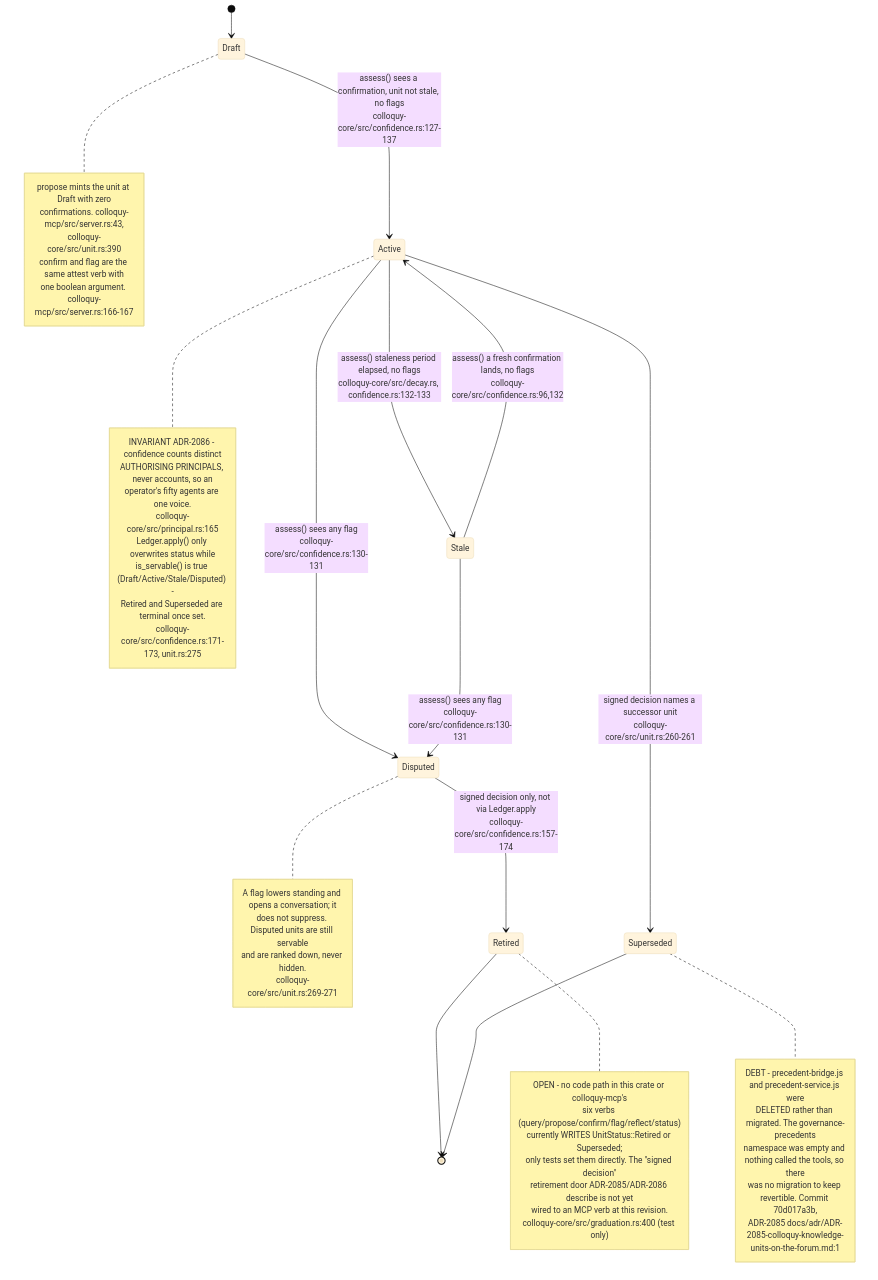
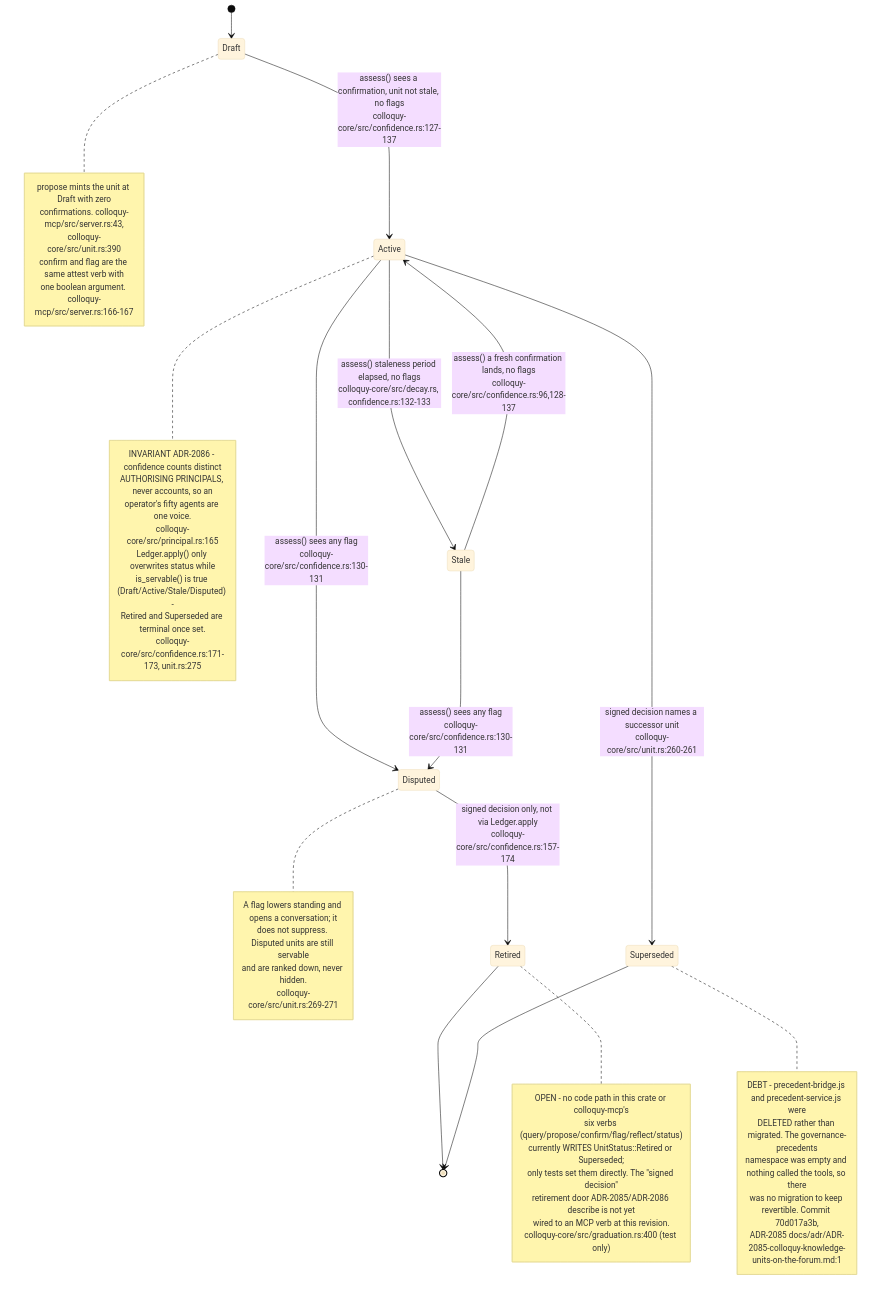
One commit to DreamLab-AI/VisionFlow changed the sixth of 12 diagrams in docs/diagrams/agentbox/22-skills-and-routing.md. Above: the diagram before and after it, drawn with Mermaid (base theme). The commit also changed other lines of this file and 39 other files, not shown here.

````diff
--- a/docs/diagrams/agentbox/22-skills-and-routing.md
+++ b/docs/diagrams/agentbox/22-skills-and-routing.md
@@ -262,53 +262,53 @@
 ```mermaid
 stateDiagram-v2
     [*] --> Draft
     Draft --> Active: assess() sees a confirmation, unit not stale, no flags<br/>colloquy-core/src/confidence.rs:127-137
     Active --> Stale: assess() staleness period elapsed, no flags<br/>colloquy-core/src/decay.rs, confidence.rs:132-133
-    Stale --> Active: assess() a fresh confirmation lands, no flags<br/>colloquy-core/src/confidence.rs:96,132
+    Stale --> Active: assess() a fresh confirmation lands, no flags<br/>colloquy-core/src/confidence.rs:96,128-137
     Active --> Disputed: assess() sees any flag<br/>colloquy-core/src/confidence.rs:130-131
     Stale --> Disputed: assess() sees any flag<br/>colloquy-core/src/confidence.rs:130-131
     Disputed --> Retired: signed decision only, not via Ledger.apply<br/>colloquy-core/src/confidence.rs:157-174
     Retired --> [*]
     Active --> Superseded: signed decision names a successor unit<br/>colloquy-core/src/unit.rs:260-261
     Superseded --> [*]
 
     note right of Draft
         propose mints the unit at Draft with zero
         confirmations. colloquy-mcp/src/server.rs:43,
         colloquy-core/src/unit.rs:390
         confirm and flag are the same attest verb with
         one boolean argument. colloquy-mcp/src/server.rs:166-167
     end note
     note right of Active
         INVARIANT ADR-2086 - confidence counts distinct
         AUTHORISING PRINCIPALS, never accounts, so an
         operator's fifty agents are one voice.
         colloquy-core/src/principal.rs:165
         Ledger.apply() only overwrites status while
         is_servable() is true (Draft/Active/Stale/Disputed) -
         Retired and Superseded are terminal once set.
         colloquy-core/src/confidence.rs:171-173, unit.rs:275
     end note
     note right of Disputed
         A flag lowers standing and opens a conversation; it
         does not suppress. Disputed units are still servable
         and are ranked down, never hidden.
         colloquy-core/src/unit.rs:269-271
     end note
     note right of Retired
         OPEN - no code path in this crate or colloquy-mcp's
         six verbs (query/propose/confirm/flag/reflect/status)
         currently WRITES UnitStatus::Retired or Superseded;
         only tests set them directly. The "signed decision"
         retirement door ADR-2085/ADR-2086 describe is not yet
         wired to an MCP verb at this revision.
         colloquy-core/src/graduation.rs:400 (test only)
     end note
     note right of Superseded
         DEBT - precedent-bridge.js and precedent-service.js were
         DELETED rather than migrated. The governance-precedents
         namespace was empty and nothing called the tools, so there
         was no migration to keep revertible. Commit 70d017a3b,
         ADR-2085 docs/adr/ADR-2085-colloquy-knowledge-units-on-the-forum.md:1
     end note
 ```
````
